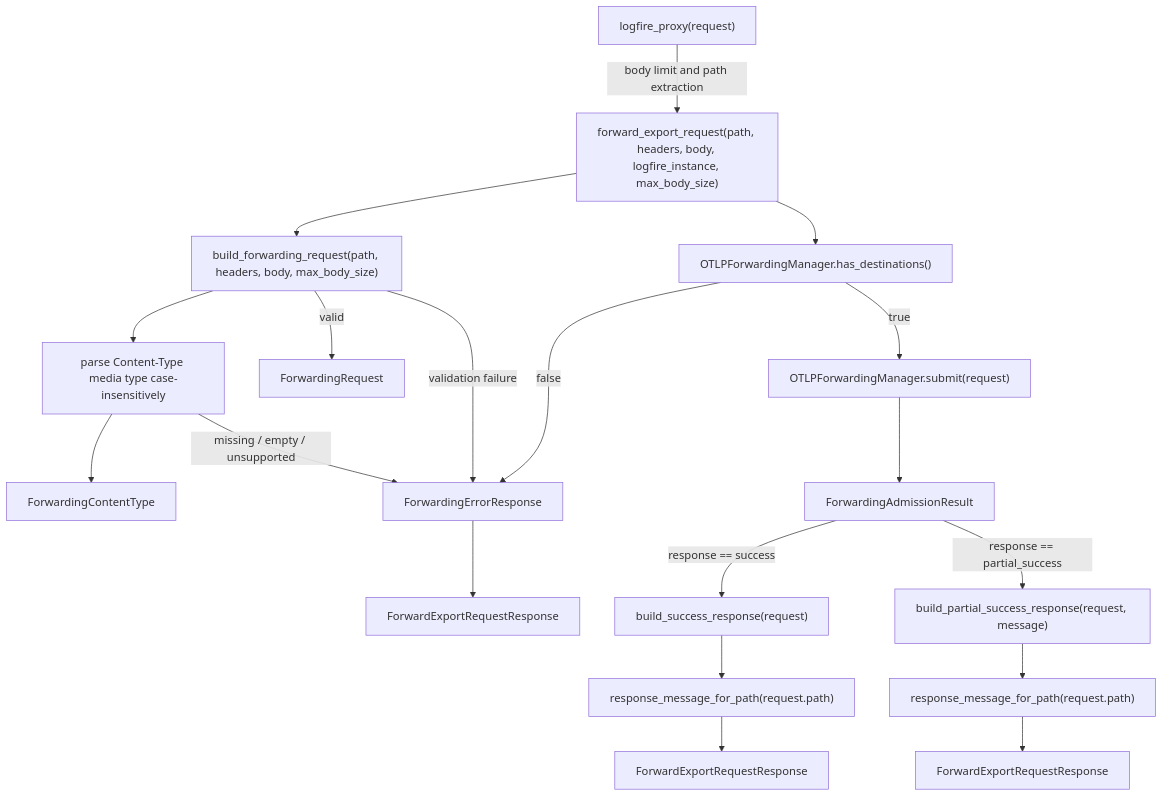
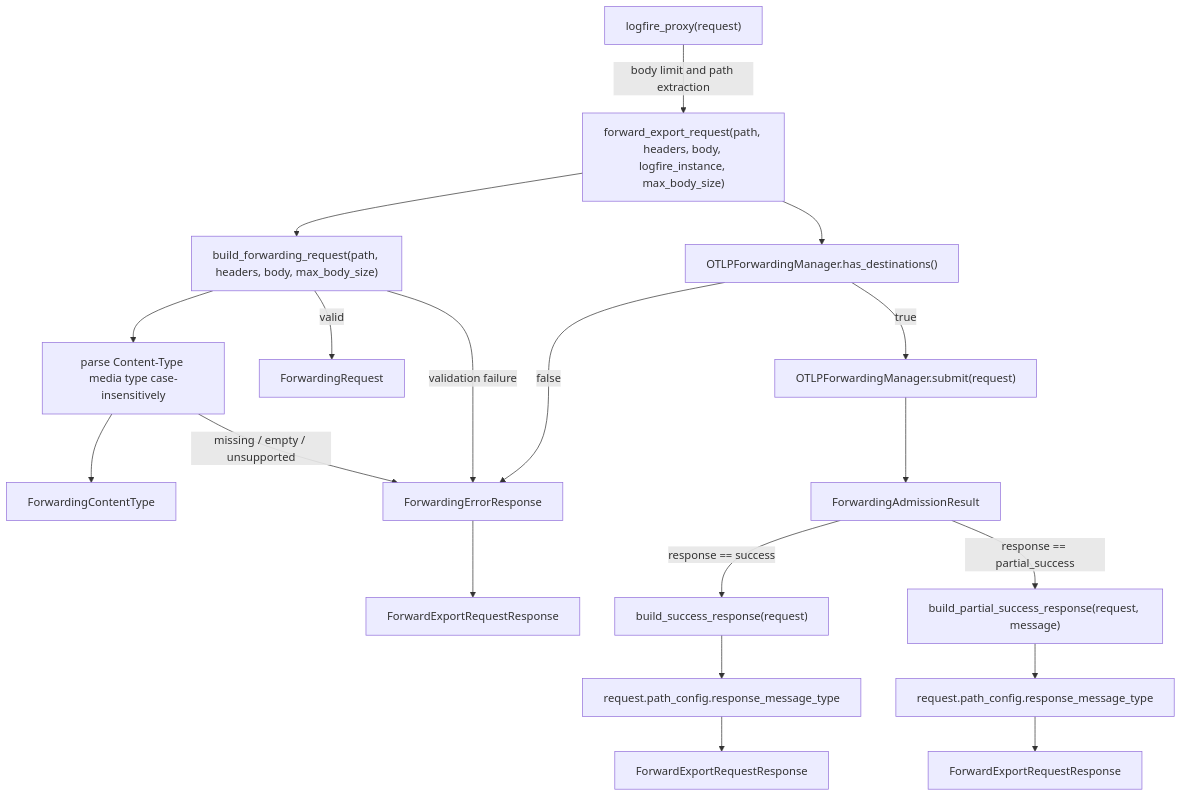
One commit to pydantic/logfire changed the fourth of 5 diagrams in specs/browser-telemetry-forwarding-first-pass/diagrams.md. Above: the diagram before and after it, drawn with Mermaid. The commit also changed other lines of this file and 3 other files, not shown here.

````diff
--- a/specs/browser-telemetry-forwarding-first-pass/diagrams.md
+++ b/specs/browser-telemetry-forwarding-first-pass/diagrams.md
@@ -187,21 +187,21 @@
 ```mermaid
 flowchart TD
     Proxy["logfire_proxy(request)"] -->|"body limit and path extraction"| Forward["forward_export_request(path, headers, body, logfire_instance, max_body_size)"]
     Forward --> BuildRequest["build_forwarding_request(path, headers, body, max_body_size)"]
     BuildRequest --> ParseContentType["parse Content-Type media type case-insensitively"]
     ParseContentType --> ContentType["ForwardingContentType"]
     ParseContentType -->|"missing / empty / unsupported"| Error["ForwardingErrorResponse"]
     BuildRequest -->|"validation failure"| Error
     Error --> PublicError["ForwardExportRequestResponse"]
     BuildRequest -->|"valid"| Request["ForwardingRequest"]
     Forward --> HasDestinations["OTLPForwardingManager.has_destinations()"]
     HasDestinations -->|"false"| Error
     HasDestinations -->|"true"| Submit["OTLPForwardingManager.submit(request)"]
     Submit --> Admission["ForwardingAdmissionResult"]
     Admission -->|"response == success"| SuccessBuilder["build_success_response(request)"]
     Admission -->|"response == partial_success"| PartialBuilder["build_partial_success_response(request, message)"]
-    SuccessBuilder --> ResponseMessageA["response_message_for_path(request.path)"]
-    PartialBuilder --> ResponseMessageB["response_message_for_path(request.path)"]
+    SuccessBuilder --> ResponseMessageA["request.path_config.response_message_type"]
+    PartialBuilder --> ResponseMessageB["request.path_config.response_message_type"]
     ResponseMessageA --> PublicSuccess["ForwardExportRequestResponse"]
     ResponseMessageB --> PublicPartial["ForwardExportRequestResponse"]
 ```
````
